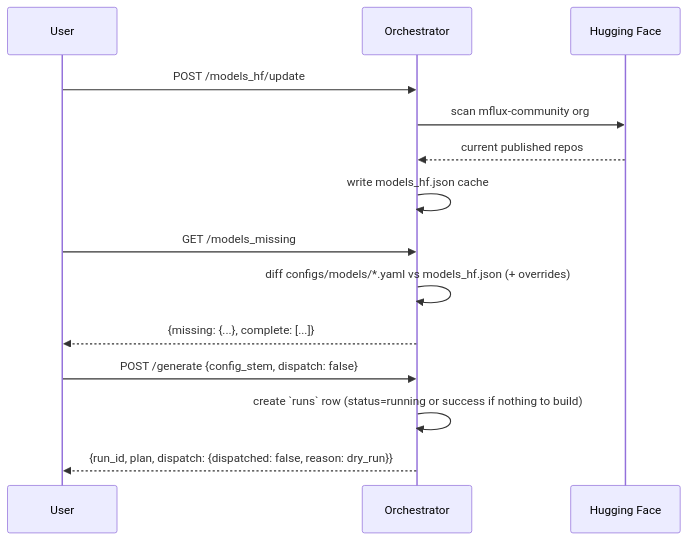
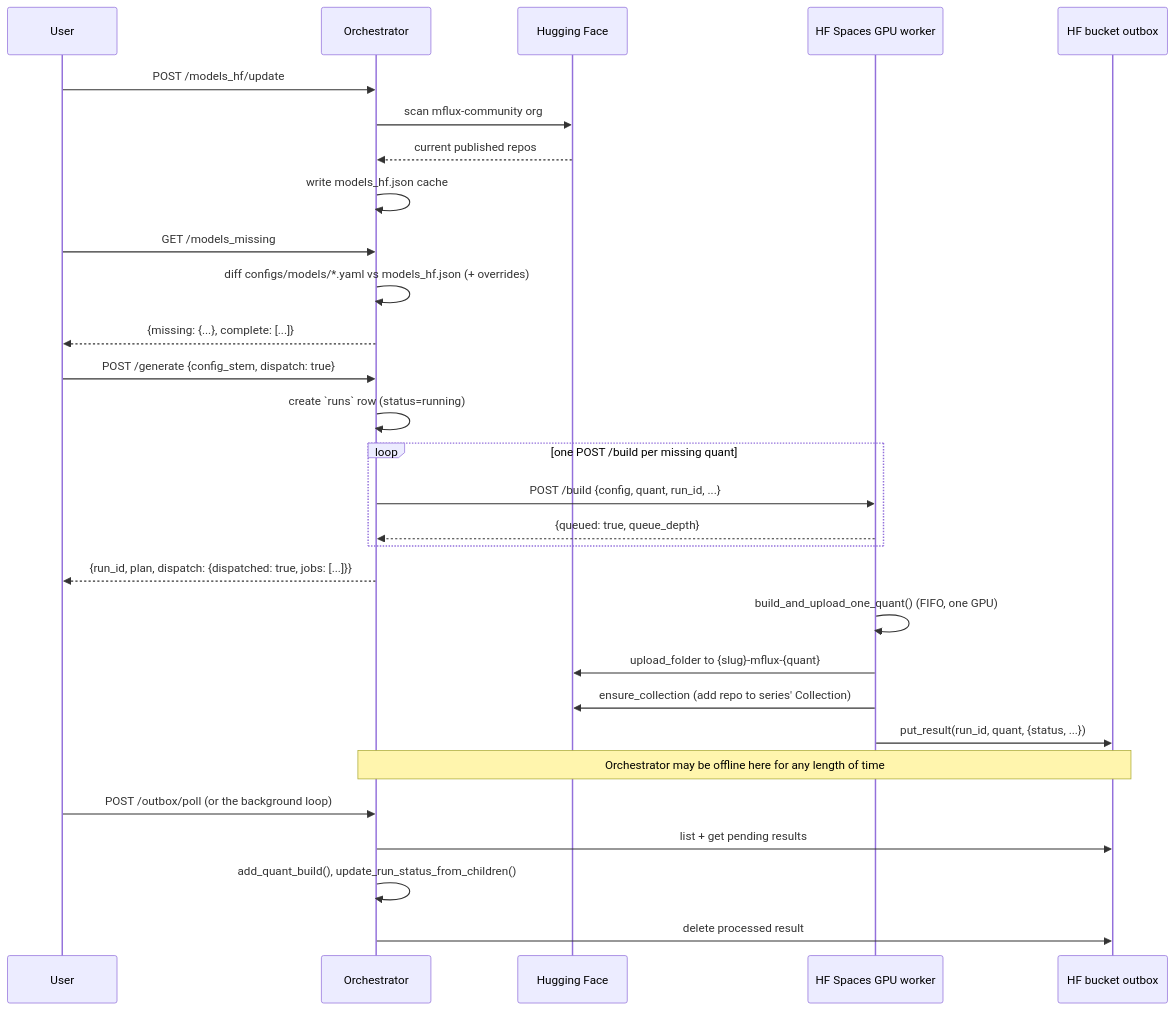
Before and after one commit to ianscrivener/mflux-runpod: the second of 2 diagrams in docs/ARCHITECTURE.md, drawn with Mermaid. The commit also changed other lines of this file and 21 other files, not shown here.

````diff
--- a/docs/ARCHITECTURE.md
+++ b/docs/ARCHITECTURE.md
@@ -221,19 +292,37 @@
 ```mermaid
 sequenceDiagram
     participant User
     participant Orch as Orchestrator
     participant HF as Hugging Face
+    participant Worker as HF Spaces GPU worker
+    participant DO as HF bucket outbox
 
     User->>Orch: POST /models_hf/update
     Orch->>HF: scan mflux-community org
     HF-->>Orch: current published repos
     Orch->>Orch: write models_hf.json cache
 
     User->>Orch: GET /models_missing
     Orch->>Orch: diff configs/models/*.yaml vs models_hf.json (+ overrides)
     Orch-->>User: {missing: {...}, complete: [...]}
 
-    User->>Orch: POST /generate {config_stem, dispatch: false}
-    Orch->>Orch: create `runs` row (status=running or success if nothing to build)
-    Orch-->>User: {run_id, plan, dispatch: {dispatched: false, reason: dry_run}}
+    User->>Orch: POST /generate {config_stem, dispatch: true}
+    Orch->>Orch: create `runs` row (status=running)
+    loop one POST /build per missing quant
+        Orch->>Worker: POST /build {config, quant, run_id, ...}
+        Worker-->>Orch: {queued: true, queue_depth}
+    end
+    Orch-->>User: {run_id, plan, dispatch: {dispatched: true, jobs: [...]}}
+
+    Worker->>Worker: build_and_upload_one_quant() (FIFO, one GPU)
+    Worker->>HF: upload_folder to {slug}-mflux-{quant}
+    Worker->>HF: ensure_collection (add repo to series' Collection)
+    Worker->>DO: put_result(run_id, quant, {status, ...})
+
+    Note over Orch,DO: Orchestrator may be offline here for any length of time
+
+    User->>Orch: POST /outbox/poll  (or the background loop)
+    Orch->>DO: list + get pending results
+    Orch->>Orch: add_quant_build(), update_run_status_from_children()
+    Orch->>DO: delete processed result
 ```
````
